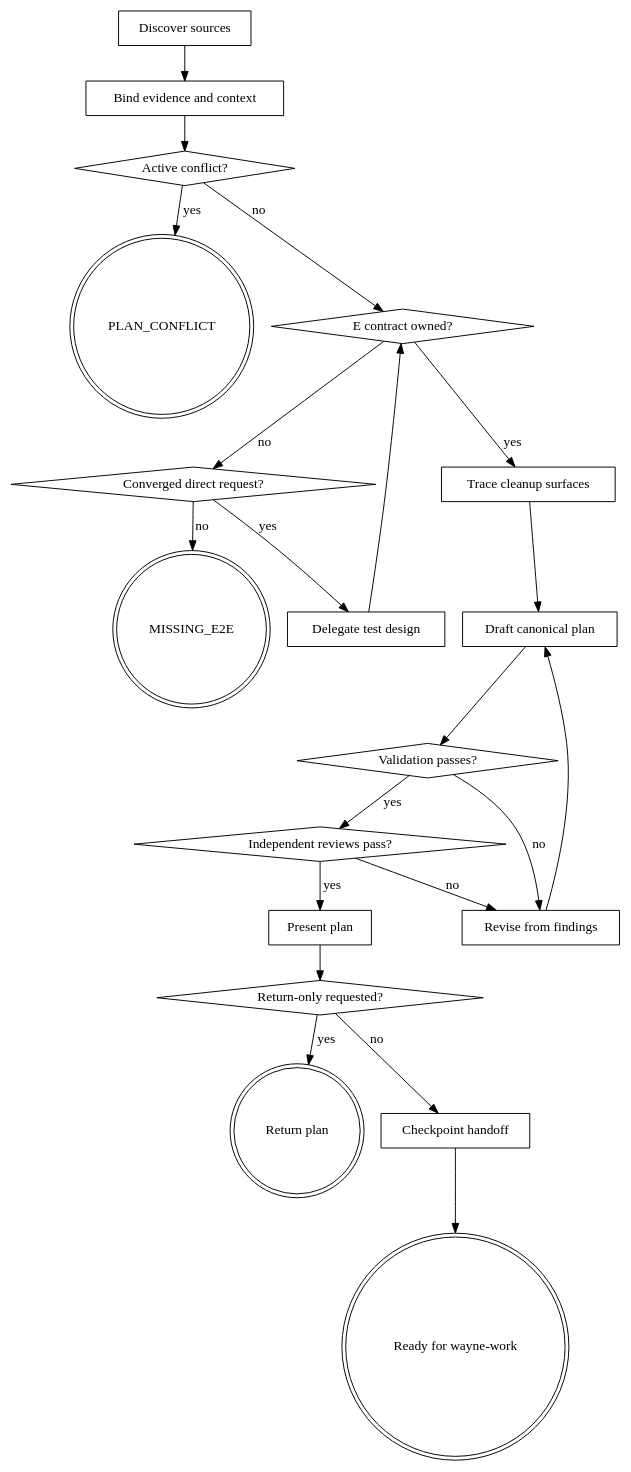
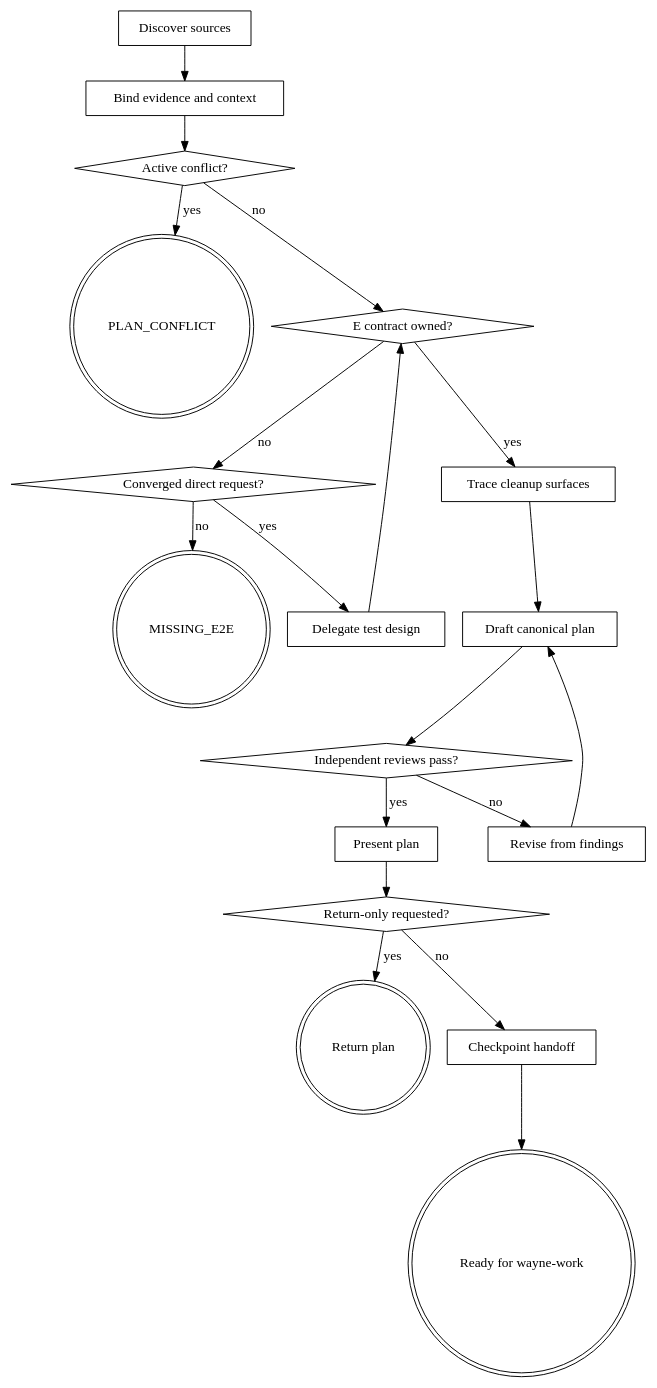
Before and after one commit to waynejing995/wayne-taste: the diagram in wayne-plan/SKILL.md, drawn with Graphviz. The commit also changed other lines of this file and 7 other files, not shown here.

````diff
--- a/wayne-plan/SKILL.md
+++ b/wayne-plan/SKILL.md
@@ -22,44 +24,41 @@
 ```dot
 digraph wayne_plan {
     rankdir=TB;
     A [label="Discover sources", shape=box];
     B [label="Bind evidence and context", shape=box];
     C [label="Active conflict?", shape=diamond];
     X [label="PLAN_CONFLICT", shape=doublecircle];
     D [label="E contract owned?", shape=diamond];
     O [label="Converged direct request?", shape=diamond];
     T [label="Delegate test design", shape=box];
     Y [label="MISSING_E2E", shape=doublecircle];
     E [label="Trace cleanup surfaces", shape=box];
     F [label="Draft canonical plan", shape=box];
-    G [label="Validation passes?", shape=diamond];
+    G [label="Independent reviews pass?", shape=diamond];
     H [label="Revise from findings", shape=box];
-    I [label="Independent reviews pass?", shape=diamond];
     J [label="Present plan", shape=box];
     K [label="Return-only requested?", shape=diamond];
     R [label="Return plan", shape=doublecircle];
     L [label="Checkpoint handoff", shape=box];
     W [label="Ready for wayne-work", shape=doublecircle];
 
     A -> B;
     B -> C;
     C -> X [label="yes"];
     C -> D [label="no"];
     D -> O [label="no"];
     O -> T [label="yes"];
     O -> Y [label="no"];
     T -> D;
     D -> E [label="yes"];
     E -> F;
     F -> G;
     G -> H [label="no"];
     H -> F;
-    G -> I [label="yes"];
-    I -> H [label="no"];
-    I -> J [label="yes"];
+    G -> J [label="yes"];
     J -> K;
     K -> R [label="yes"];
     K -> L [label="no"];
     L -> W;
 }
 ```
````
